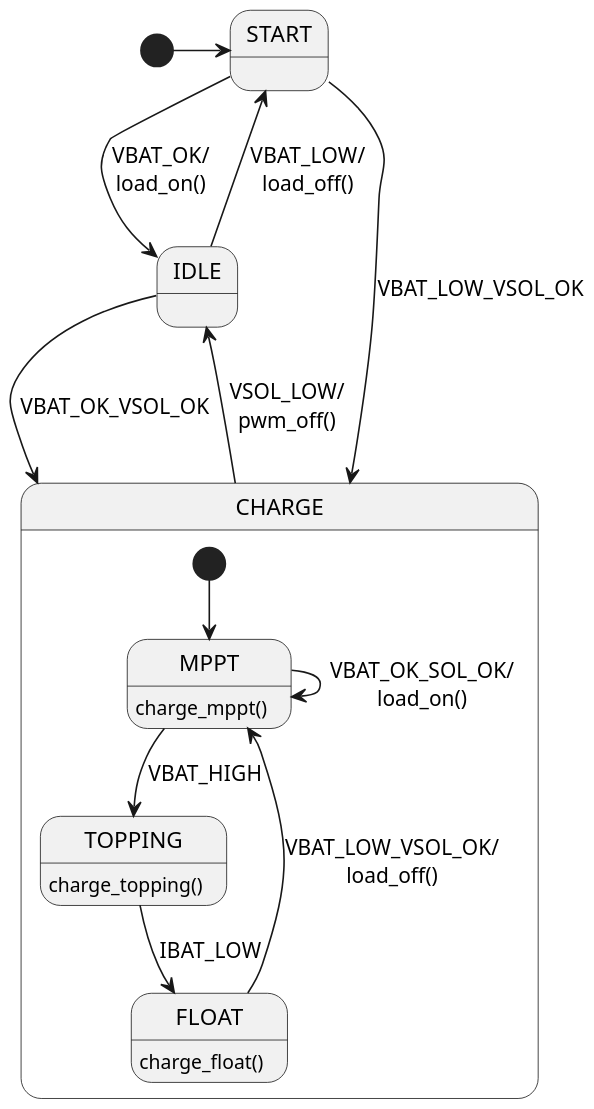
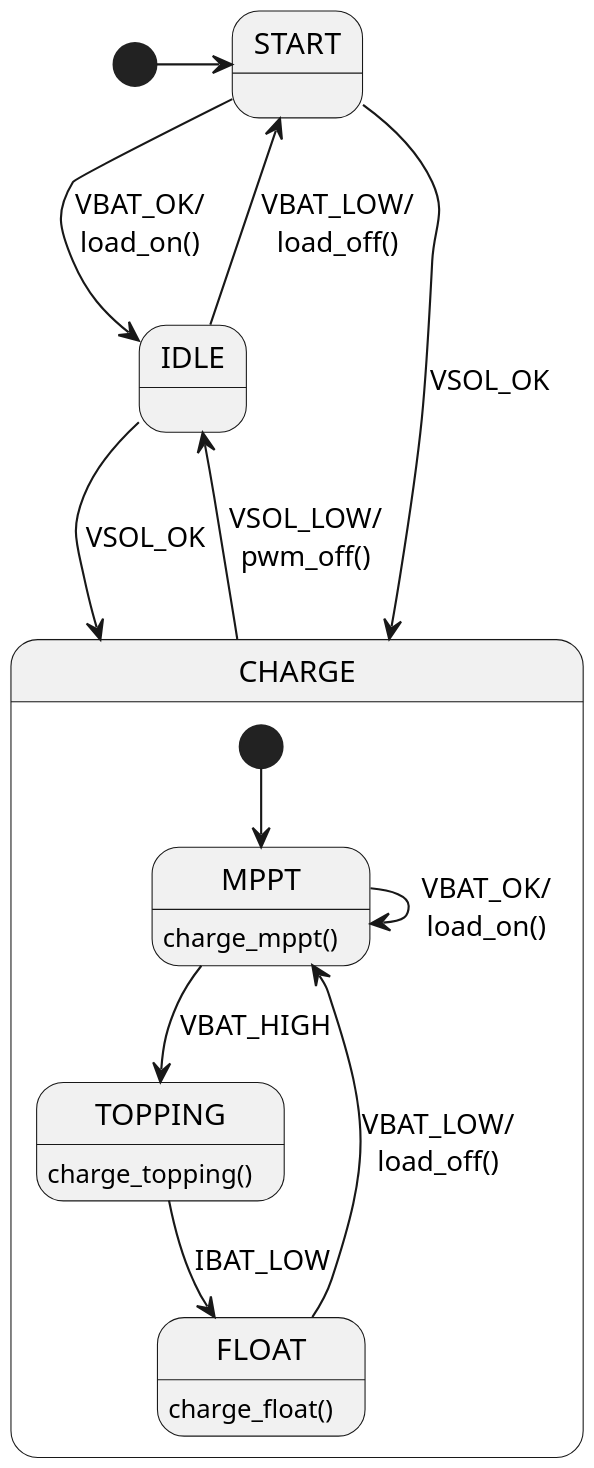
The diagram in StateMachine/UML/UML.wsd (bdionello/ECE499), drawn with PlantUML before and after one commit. The commit also changed 1 other file, not shown here.

Commit message:
Update UML and statemachine code

```diff
--- a/StateMachine/UML/UML.wsd
+++ b/StateMachine/UML/UML.wsd
@@ -1,23 +1,23 @@
 @startuml
 scale 600 width
 [*] -> START
 START --> IDLE : VBAT_OK/\nload_on()
-START --> CHARGE : VBAT_LOW_VSOL_OK
+START --> CHARGE : VSOL_OK
 'START --> START : VSOL_LOW
-IDLE --> CHARGE : VBAT_OK_VSOL_OK
+IDLE --> CHARGE : VSOL_OK
 IDLE --> START : VBAT_LOW/\nload_off()
 'IDLE --> IDLE : VBAT_OK
 state CHARGE {
     MPPT : charge_mppt()
     TOPPING : charge_topping()
     FLOAT : charge_float()
     [*] --> MPPT
     
     MPPT --> TOPPING : VBAT_HIGH
     TOPPING --> FLOAT : IBAT_LOW
 }
-MPPT --> MPPT : VBAT_OK_SOL_OK/\nload_on()
+MPPT --> MPPT : VBAT_OK/\nload_on()
 CHARGE --> IDLE : VSOL_LOW/\npwm_off()
-FLOAT --> MPPT : VBAT_LOW_VSOL_OK/\nload_off()
+FLOAT --> MPPT : VBAT_LOW/\nload_off()
 
 @enduml
```
